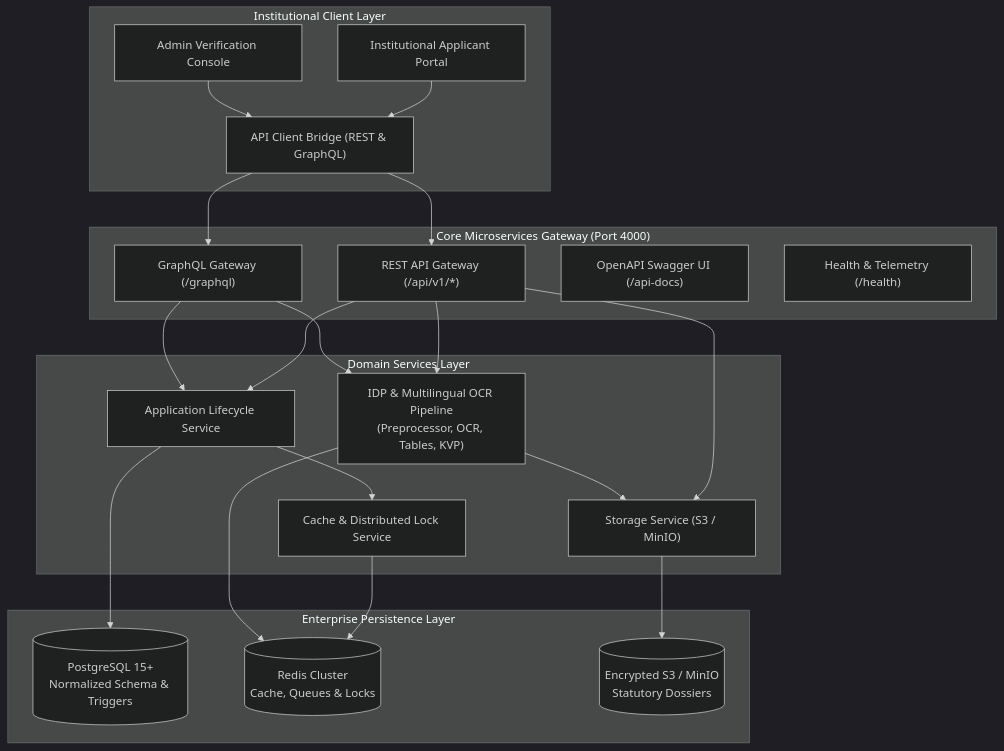
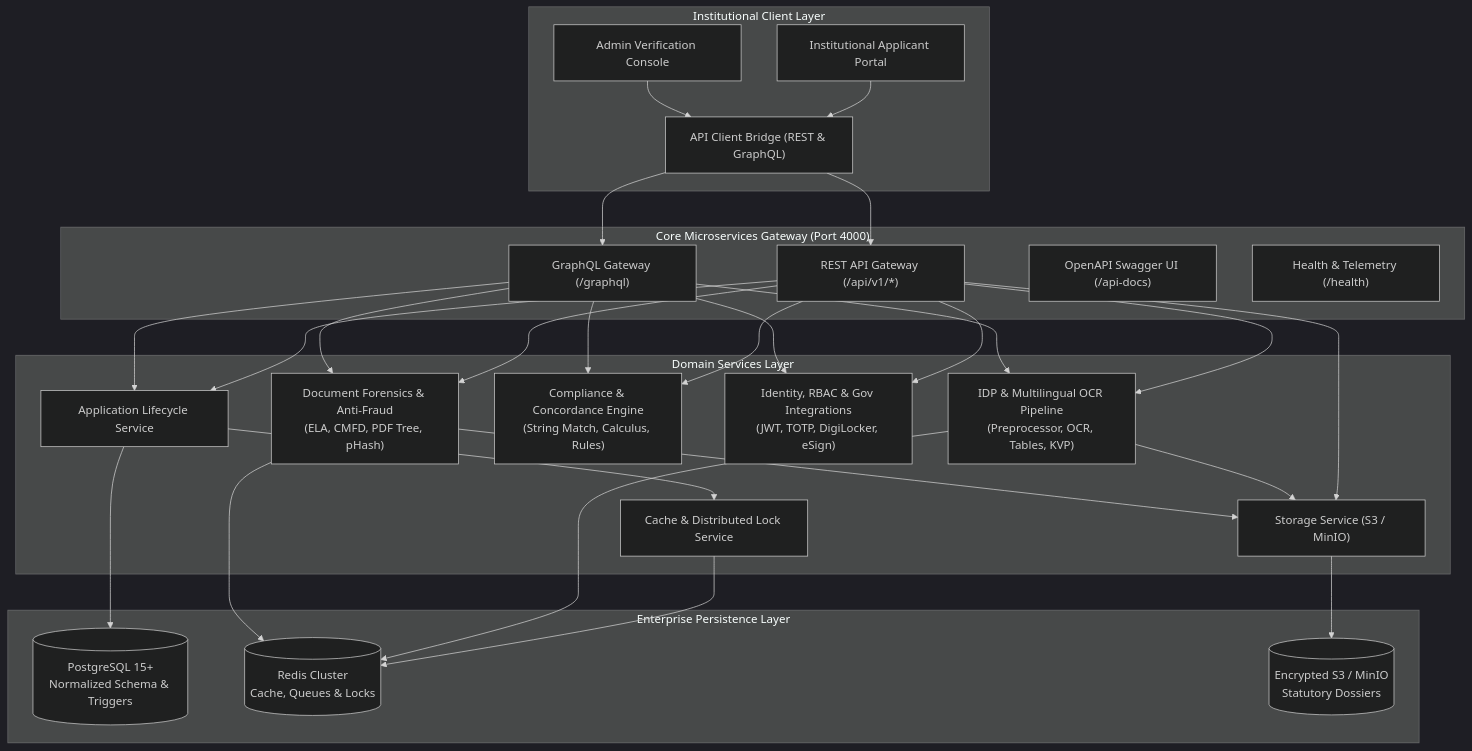
Before and after one commit to nitin24x7/SatyaSetu_AI: the diagram in README.md, drawn with Mermaid (dark theme). The commit also changed other lines of this file and 15 other files, not shown here.

Commit message:
feat(forensics): complete Phase 7 Document Forensics, Anti-Fraud & Visual Integrity Analysis

````diff
--- a/README.md
+++ b/README.md
@@ -49,44 +55,55 @@
 ```mermaid
 flowchart TD
     subgraph Client["Institutional Client Layer"]
         A["Institutional Applicant Portal"]
         B["Admin Verification Console"]
         C["API Client Bridge (REST & GraphQL)"]
     end
 
     subgraph Gateway["Core Microservices Gateway (Port 4000)"]
         D["REST API Gateway (/api/v1/*)"]
         E["GraphQL Gateway (/graphql)"]
         F["OpenAPI Swagger UI (/api-docs)"]
         G["Health & Telemetry (/health)"]
     end
 
     subgraph CoreServices["Domain Services Layer"]
         H["Application Lifecycle Service"]
         I["Storage Service (S3 / MinIO)"]
         J["Cache & Distributed Lock Service"]
         IDP["IDP & Multilingual OCR Pipeline\n(Preprocessor, OCR, Tables, KVP)"]
+        COMP["Compliance & Concordance Engine\n(String Match, Calculus, Rules)"]
+        AUTH["Identity, RBAC & Gov Integrations\n(JWT, TOTP, DigiLocker, eSign)"]
+        FOR["Document Forensics & Anti-Fraud\n(ELA, CMFD, PDF Tree, pHash)"]
     end
 
     subgraph Persistence["Enterprise Persistence Layer"]
         K[("PostgreSQL 15+\nNormalized Schema & Triggers")]
         L[("Redis Cluster\nCache, Queues & Locks")]
         M[("Encrypted S3 / MinIO\nStatutory Dossiers")]
     end
 
     A --> C
     B --> C
     C --> D
     C --> E
     D --> H
     D --> I
     D --> IDP
+    D --> COMP
+    D --> AUTH
+    D --> FOR
     E --> H
     E --> IDP
+    E --> COMP
+    E --> AUTH
+    E --> FOR
     H --> J
     H --> K
     I --> M
     J --> L
     IDP --> L
     IDP --> I
+    FOR --> L
+    FOR --> I
 ```
````
